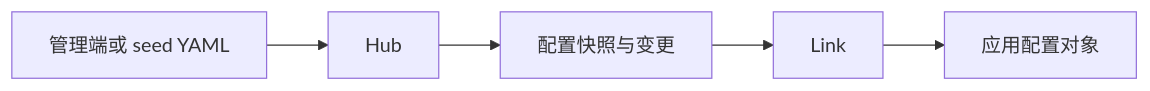
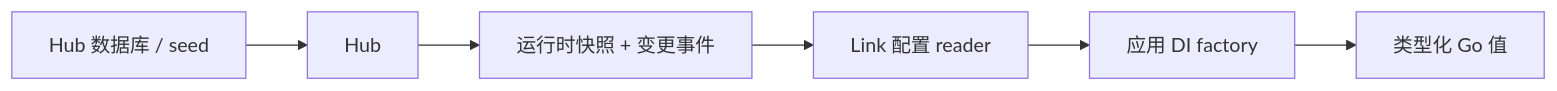
Before and after one commit to yorun-ai/vine-site: the second of 2 diagrams in i18n/zh-CN/docusaurus-plugin-content-docs/current/framework/configuration.md, drawn with Mermaid. The commit also changed other lines of this file and 95 other files, not shown here.

````diff
--- a/i18n/zh-CN/docusaurus-plugin-content-docs/current/framework/configuration.md
+++ b/i18n/zh-CN/docusaurus-plugin-content-docs/current/framework/configuration.md
@@ -58,4 +127,8 @@
 ```mermaid
 flowchart LR
-  Admin["管理端或 seed YAML"] --> Hub["Hub"] --> Redis["配置快照与变更"] --> Link["Link"] --> App["应用配置对象"]
+  Source["Hub 数据库 / seed"] --> Hub["Hub"]
+  Hub --> Redis["运行时快照 + 变更事件"]
+  Redis --> Link["Link 配置 reader"]
+  Link --> DI["应用 DI factory"]
+  DI --> Object["类型化 Go 值"]
 ```
````
